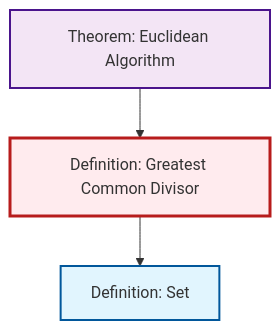
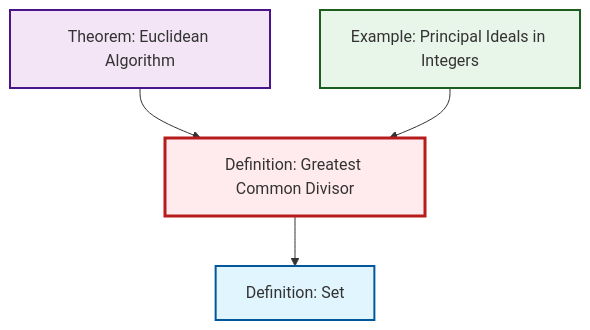
The second of 2 diagrams in content/ja/number-theory/def-gcd.qmd (RK0429/ModernMath), drawn with Mermaid before and after one commit. The commit also changed 530 other files, not shown here.

````diff
--- a/content/ja/number-theory/def-gcd.qmd
+++ b/content/ja/number-theory/def-gcd.qmd
@@ -85,17 +85,20 @@
 ```{mermaid}
 %%| fig-cap: "Local dependency graph"
 graph TD
     classDef definition fill:#e1f5fe,stroke:#01579b,stroke-width:2px
     classDef theorem fill:#f3e5f5,stroke:#4a148c,stroke-width:2px
     classDef axiom fill:#fff3e0,stroke:#e65100,stroke-width:2px
     classDef example fill:#e8f5e9,stroke:#1b5e20,stroke-width:2px
     classDef current fill:#ffebee,stroke:#b71c1c,stroke-width:3px
+    ex-principal-ideal["Example: Principal Ideals in Integers"]:::example
     thm-euclidean-algorithm["Theorem: Euclidean Algorithm"]:::theorem
     def-set["Definition: Set"]:::definition
     def-gcd["Definition: Greatest Common Divisor"]:::definition
+    def-gcd --> def-set
     thm-euclidean-algorithm --> def-gcd
-    def-gcd --> def-set
+    ex-principal-ideal --> def-gcd
     class def-gcd current
+    click ex-principal-ideal "ex-principal-ideal.html" "Example: Principal Ideals in Integersへ"
     click thm-euclidean-algorithm "thm-euclidean-algorithm.html" "Theorem: Euclidean Algorithmへ"
     click def-set "def-set.html" "Definition: Setへ"
 ```
````
